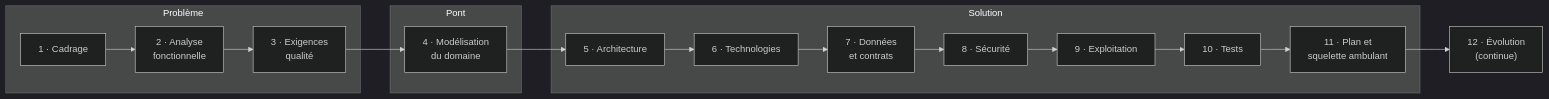
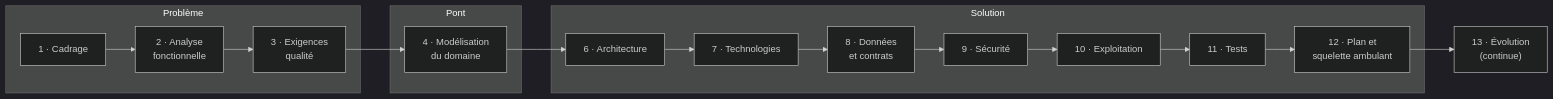
The diagram in README.md (ArnaudSene/ai-driven-software-design), drawn with Mermaid (dark theme) before and after one commit. The commit also changed other lines of this file and 35 other files, not shown here.

````diff
--- a/README.md
+++ b/README.md
@@ -16,14 +16,14 @@
 ```mermaid
 flowchart LR
     subgraph P["Problème"]
         P1["1 · Cadrage"] --> P2["2 · Analyse<br/>fonctionnelle"] --> P3["3 · Exigences<br/>qualité"]
     end
     subgraph D["Pont"]
         P4["4 · Modélisation<br/>du domaine"]
     end
     subgraph S["Solution"]
-        P5["5 · Architecture"] --> P6["6 · Technologies"] --> P7["7 · Données<br/>et contrats"] --> P8["8 · Sécurité"] --> P9["9 · Exploitation"] --> P10["10 · Tests"] --> P11["11 · Plan et<br/>squelette ambulant"]
+        P6["6 · Architecture"] --> P7["7 · Technologies"] --> P8["8 · Données<br/>et contrats"] --> P9["9 · Sécurité"] --> P10["10 · Exploitation"] --> P11["11 · Tests"] --> P12["12 · Plan et<br/>squelette ambulant"]
     end
-    P3 --> P4 --> P5
-    P11 --> P12["12 · Évolution<br/>(continue)"]
+    P3 --> P4 --> P6
+    P12 --> P13["13 · Évolution<br/>(continue)"]
 ```
````
